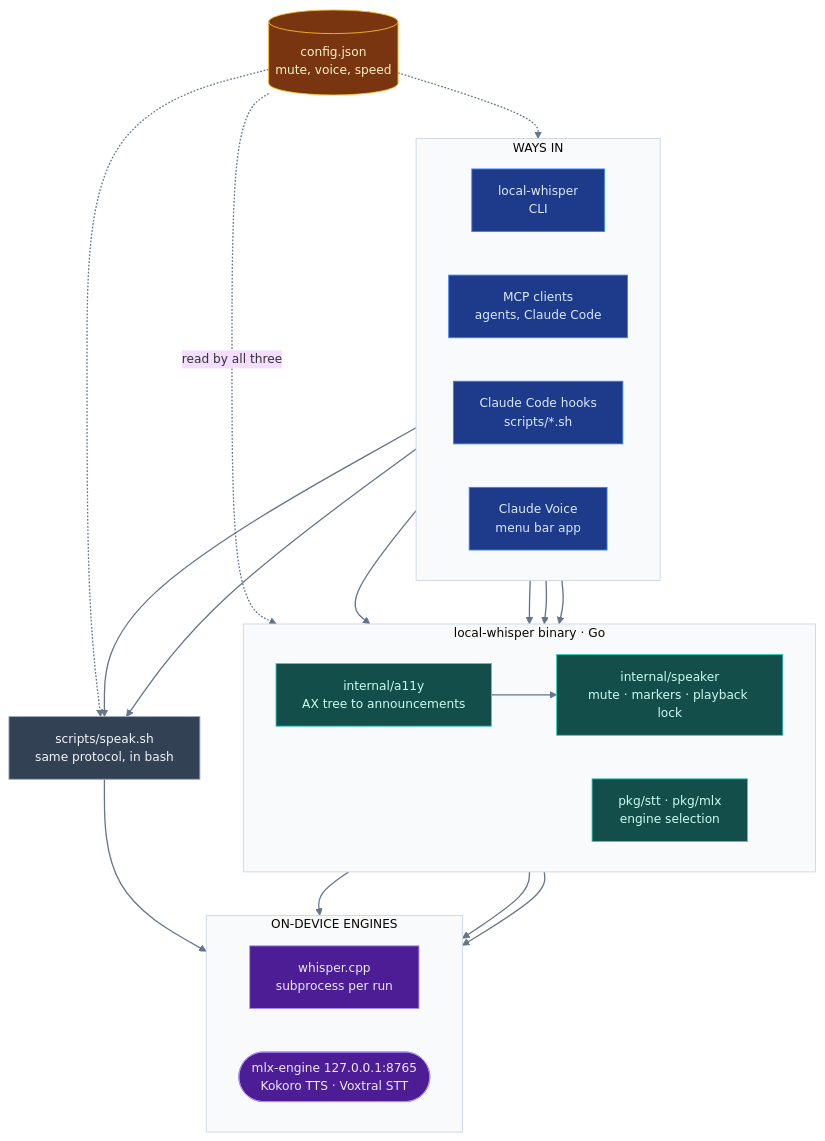
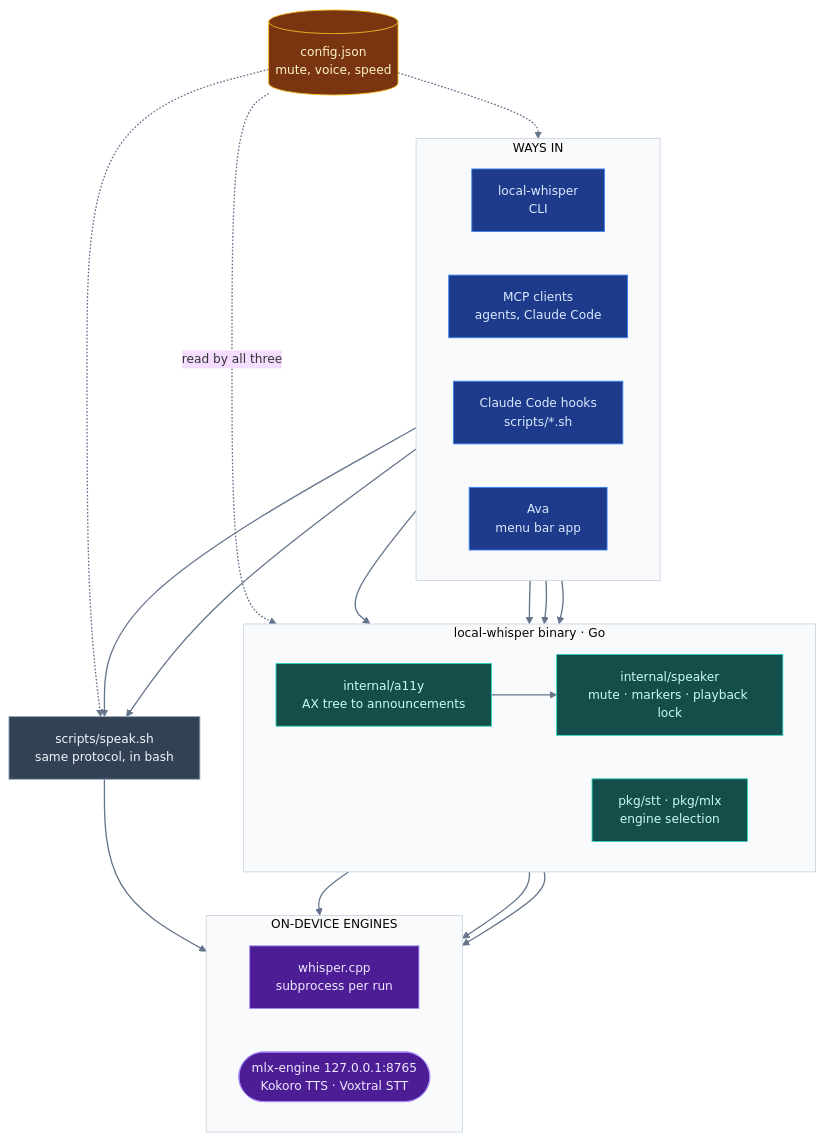
The diagram in docs/architecture.mmd (iksnerd/ava), drawn with Mermaid before and after one commit. The commit also changed 36 other files, not shown here.

First line of the commit message:
Rename the menu bar app to Ava

```diff
--- a/docs/architecture.mmd
+++ b/docs/architecture.mmd
@@ -1,57 +1,57 @@
 %%{init: {'theme':'base','themeVariables':{'lineColor':'#64748b','clusterBkg':'#f8fafc','clusterBorder':'#cbd5e1','fontSize':'14px'}}}%%
 flowchart TB
 %% Control flow: who calls what. Mirrored into README.md's mermaid fence.
 %% Re-render: npx -y @mermaid-js/mermaid-cli@latest -i docs/architecture.mmd -o /tmp/arch.svg
     subgraph doors["WAYS IN"]
         direction LR
         cli["local-whisper<br/>CLI"]
         mcpc["MCP clients<br/>agents, Claude Code"]
         hooks["Claude Code hooks<br/>scripts/*.sh"]
-        app["Claude Voice<br/>menu bar app"]
+        app["Ava<br/>menu bar app"]
     end
 
     subgraph gobin["local-whisper binary · Go"]
         direction LR
         speaker["internal/speaker<br/>mute · markers · playback lock"]
         engsel["pkg/stt · pkg/mlx<br/>engine selection"]
         a11y["internal/a11y<br/>AX tree to announcements"]
     end
 
     speaksh["scripts/speak.sh<br/>same protocol, in bash"]
     cfg[("config.json<br/>mute, voice, speed")]
 
     subgraph engines["ON-DEVICE ENGINES"]
         direction LR
         whispercpp["whisper.cpp<br/>subprocess per run"]
         mlx(["mlx-engine 127.0.0.1:8765<br/>Kokoro TTS · Voxtral STT"])
     end
 
     cli ==> speaker
     cli ==> engsel
     mcpc ==> speaker
     mcpc ==> a11y
     a11y ==> speaker
     hooks ==> speaksh
     app ==> speaksh
 
     speaker ==> mlx
     speaksh ==> mlx
     engsel ==> whispercpp
     engsel ==> mlx
 
     cfg -. "read by all three" .-> speaker
     cfg -. " " .-> speaksh
     cfg -. " " .-> app
 
     classDef door fill:#1e3a8a,stroke:#3b82f6,color:#dbeafe;
     classDef go fill:#134e4a,stroke:#2dd4bf,color:#ccfbf1;
     classDef engine fill:#4c1d95,stroke:#a78bfa,color:#ede9fe;
     classDef store fill:#78350f,stroke:#fbbf24,color:#fef3c7;
     classDef shell fill:#334155,stroke:#94a3b8,color:#f1f5f9;
 
     class cli,mcpc,hooks,app door;
     class speaker,engsel,a11y go;
     class whispercpp,mlx engine;
     class cfg store;
     class speaksh shell;
     linkStyle default stroke:#64748b,stroke-width:1.5px;
```
